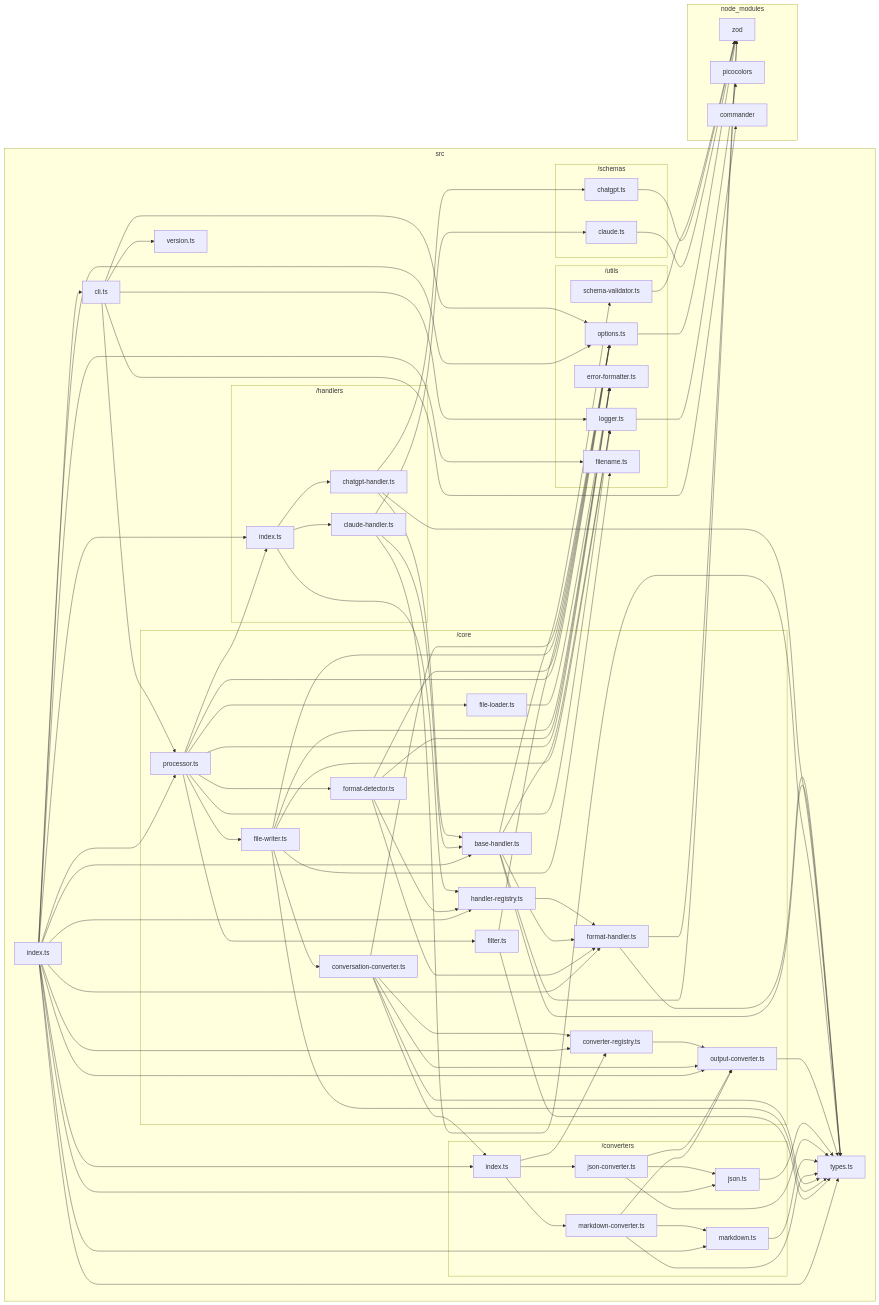
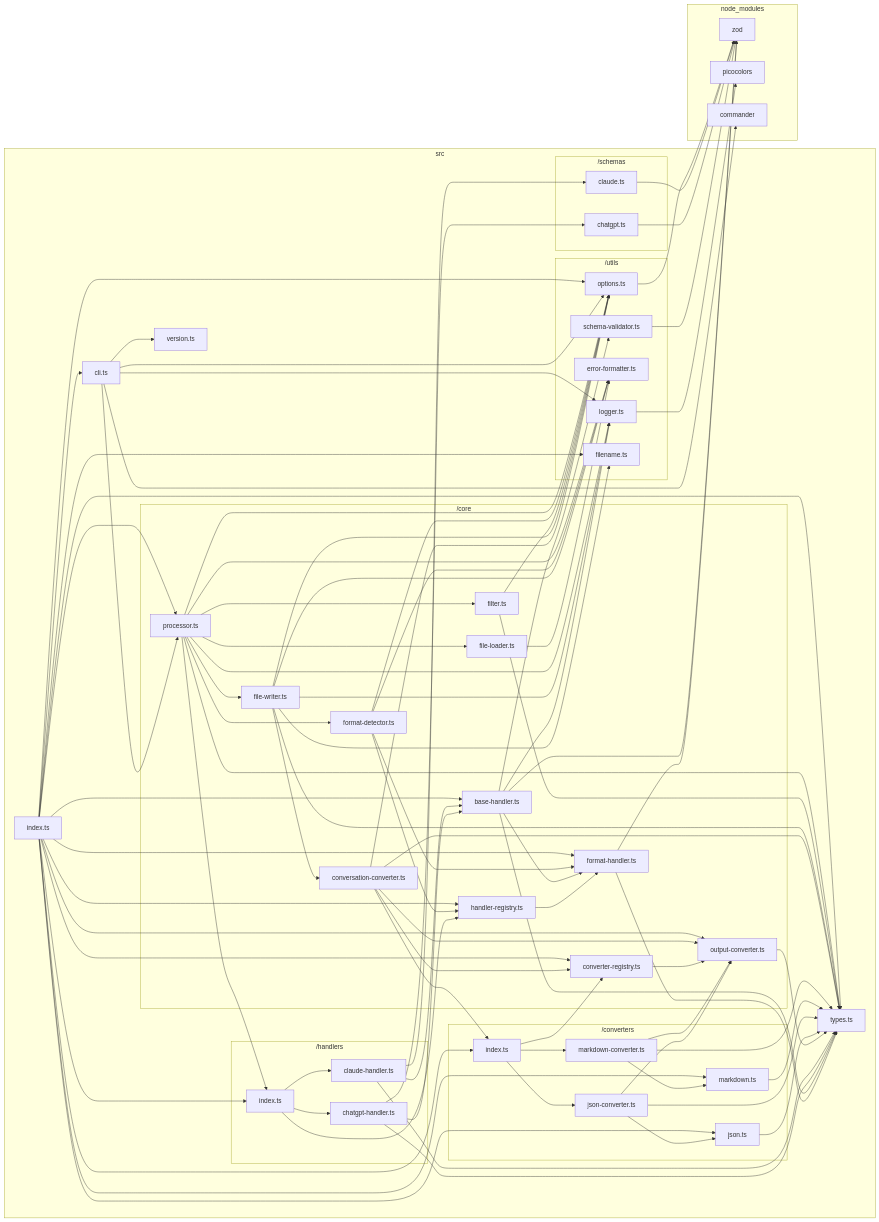
The diagram in docs/dependency-graphs/typescript-graph.md (sugurutakahashi-1234/ai-chat-md-export), drawn with Mermaid before and after one commit. The commit also changed 2 other files, not shown here.

Commit message:
feat: update knip dependency to version 5.62.0

```diff
--- a/docs/dependency-graphs/typescript-graph.md
+++ b/docs/dependency-graphs/typescript-graph.md
@@ -107,6 +107,7 @@
     src/core/format//detector.ts-->src/core/format//handler.ts
     src/core/format//detector.ts-->src/core/handler//registry.ts
     src/core/processor.ts-->src/handlers/index.ts
+    src/core/processor.ts-->src/types.ts
     src/core/processor.ts-->src/utils/error//formatter.ts
     src/core/processor.ts-->src/utils/logger.ts
     src/core/processor.ts-->src/utils/options.ts
```
